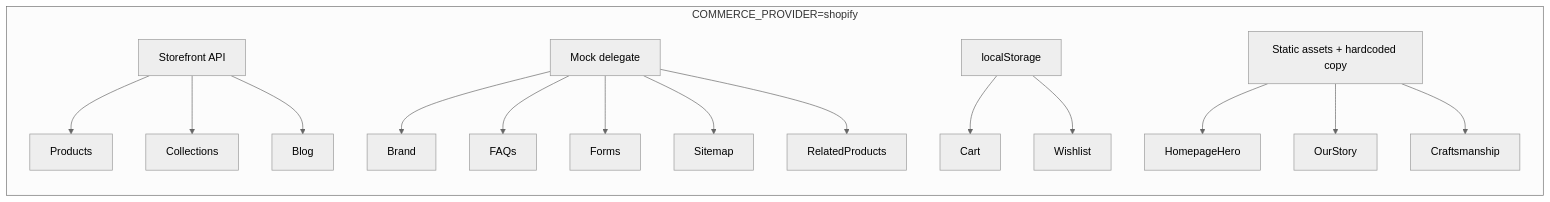
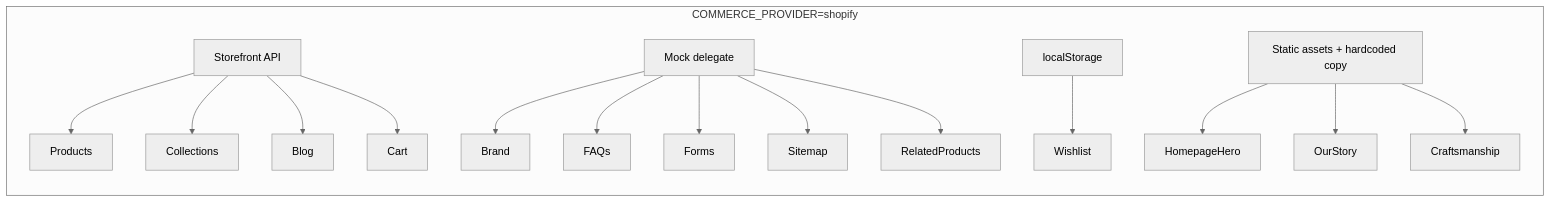
One commit to thekashmirweaver-design/storefront changed the first of 2 diagrams in docs/shopify-driven-roadmap.md. Above: the diagram before and after it, drawn with Mermaid (neutral theme). The commit also changed other lines of this file and 31 other files, not shown here.

````diff
--- a/docs/shopify-driven-roadmap.md
+++ b/docs/shopify-driven-roadmap.md
@@ -67,22 +67,22 @@
 ```mermaid
 flowchart LR
   subgraph today [COMMERCE_PROVIDER=shopify]
     SF[Storefront API]
     Mock[Mock delegate]
     LS[localStorage]
     Static[Static assets + hardcoded copy]
     SF --> Products
     SF --> Collections
     SF --> Blog
+    SF --> Cart
     Mock --> Brand
     Mock --> FAQs
     Mock --> Forms
     Mock --> Sitemap
     Mock --> RelatedProducts
-    LS --> Cart
     LS --> Wishlist
     Static --> HomepageHero
     Static --> OurStory
     Static --> Craftsmanship
   end
 ```
````
